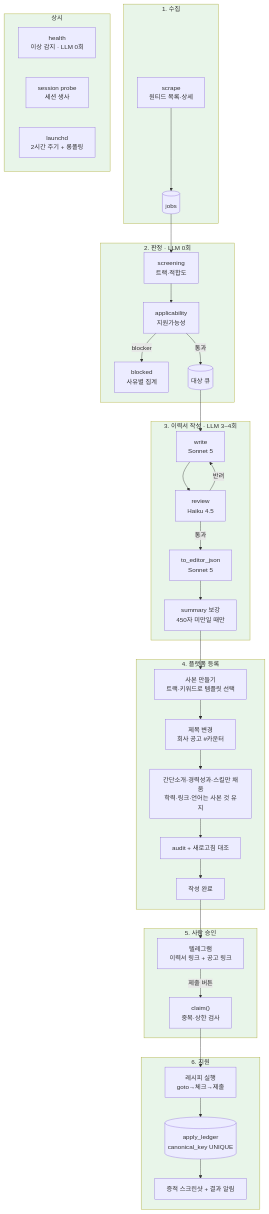
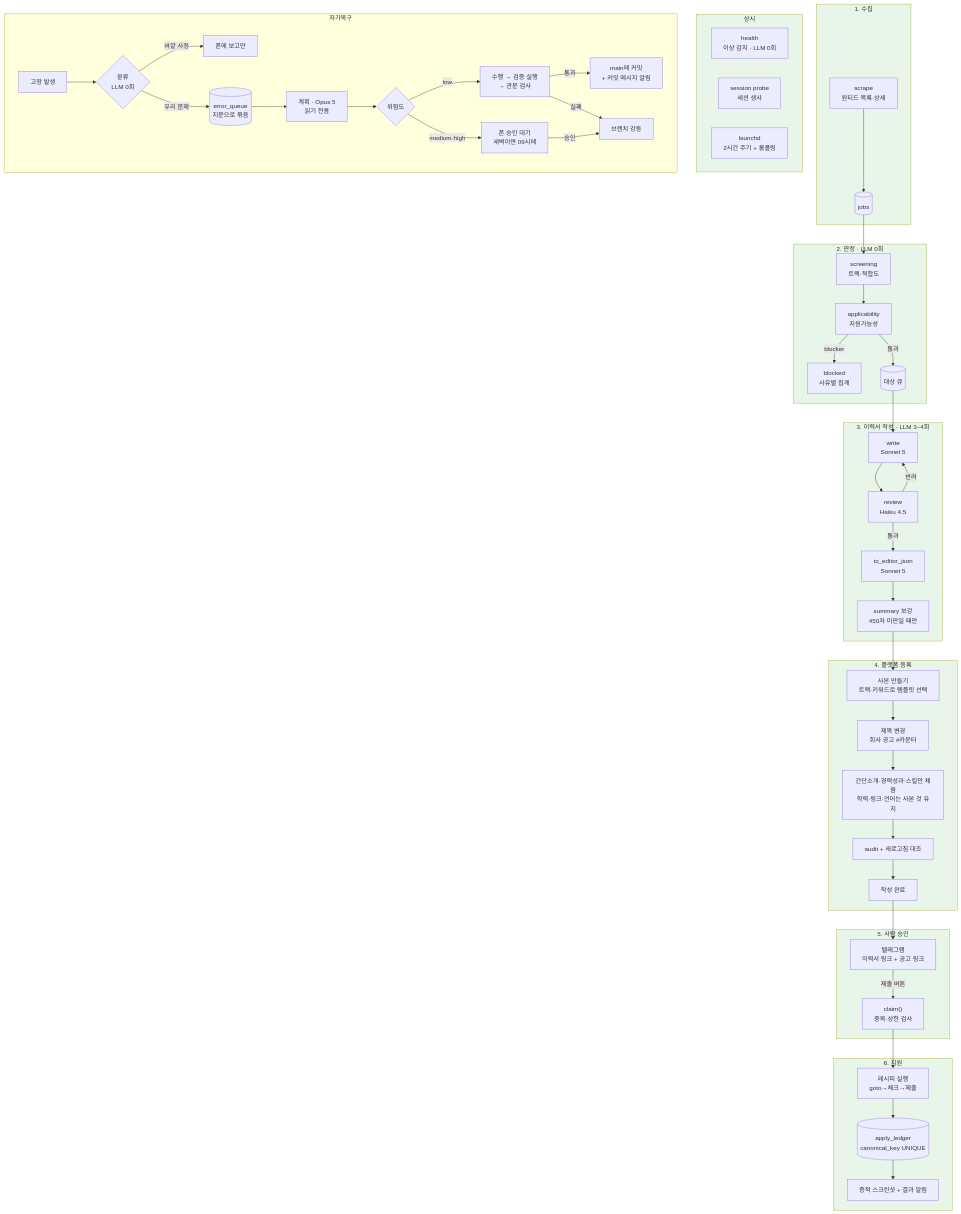
Before and after one commit to YaleDevUni/auto-apply: the diagram in TODO.md, drawn with Mermaid. The commit also changed other lines of this file and 1 other file, not shown here.

````diff
--- a/TODO.md
+++ b/TODO.md
@@ -12,54 +12,67 @@
 ```mermaid
 flowchart TD
     subgraph collect["1. 수집"]
         A["scrape<br/>원티드 목록·상세"] --> B[("jobs")]
     end
 
     subgraph judge["2. 판정 · LLM 0회"]
         B --> C["screening<br/>트랙·적합도"]
         C --> D["applicability<br/>지원가능성"]
         D -->|blocker| BX["blocked<br/>사유별 집계"]
         D -->|통과| E[("대상 큐")]
     end
 
     subgraph build["3. 이력서 작성 · LLM 3~4회"]
         E --> F["write<br/>Sonnet 5"]
         F --> G["review<br/>Haiku 4.5"]
         G -->|반려| F
         G -->|통과| H["to_editor_json<br/>Sonnet 5"]
         H --> I["summary 보강<br/>450자 미만일 때만"]
     end
 
     subgraph editor["4. 플랫폼 등록"]
         I --> J["사본 만들기<br/>트랙·키워드로 템플릿 선택"]
         J --> K["제목 변경<br/>회사 공고 #카운터"]
         K --> L["간단소개·경력성과·스킬만 채움<br/>학력·링크·언어는 사본 것 유지"]
         L --> M["audit + 새로고침 대조"]
         M --> N["작성 완료"]
     end
 
     subgraph approve["5. 사람 승인"]
         N --> O["텔레그램<br/>이력서 링크 + 공고 링크"]
         O -->|제출 버튼| P["claim()<br/>중복·상한 검사"]
     end
 
     subgraph submit["6. 지원"]
         P --> Q["레시피 실행<br/>goto→체크→제출"]
         Q --> R[("apply_ledger<br/>canonical_key UNIQUE")]
         R --> S["증적 스크린샷 + 결과 알림"]
     end
 
     subgraph watch["상시"]
         T["health<br/>이상 감지 · LLM 0회"]
         U["session probe<br/>세션 생사"]
         V["launchd<br/>2시간 주기 + 롱폴링"]
     end
 
+    subgraph repair["자가복구"]
+        X["고장 발생"] --> Y{"분류<br/>LLM 0회"}
+        Y -->|바깥 사정| Z1["폰에 보고만"]
+        Y -->|우리 문제| Z2[("error_queue<br/>지문으로 묶음")]
+        Z2 --> P1["계획 · Opus 5<br/>읽기 전용"]
+        P1 --> P2{"위험도"}
+        P2 -->|low| P3["수행 → 검증 실행<br/>→ 관문 검사"]
+        P3 -->|통과| P4["main에 커밋<br/>+ 커밋 메시지 알림"]
+        P3 -->|실패| P5["브랜치 강등"]
+        P2 -->|medium·high| P6["폰 승인 대기<br/>새벽이면 09시에"]
+        P6 -->|승인| P5
+    end
+
     style collect fill:#e8f5e9
     style judge fill:#e8f5e9
     style build fill:#e8f5e9
     style editor fill:#e8f5e9
     style approve fill:#e8f5e9
     style submit fill:#e8f5e9
     style watch fill:#e8f5e9
 ```
````
